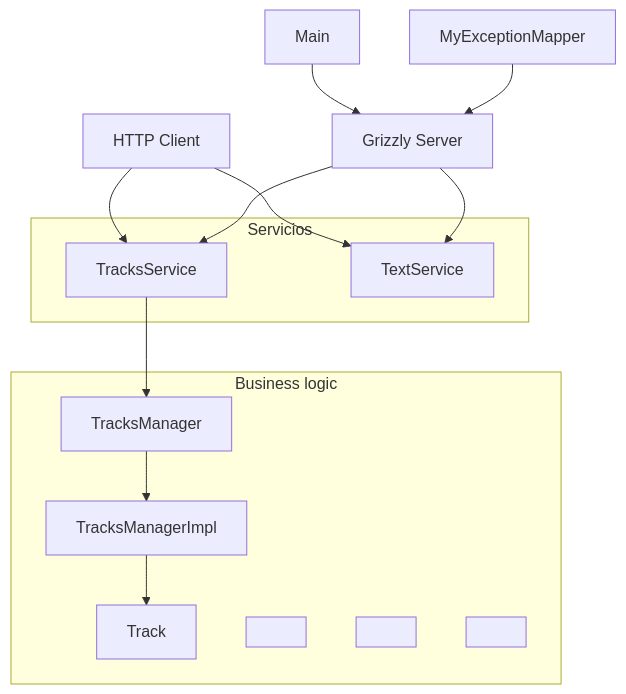
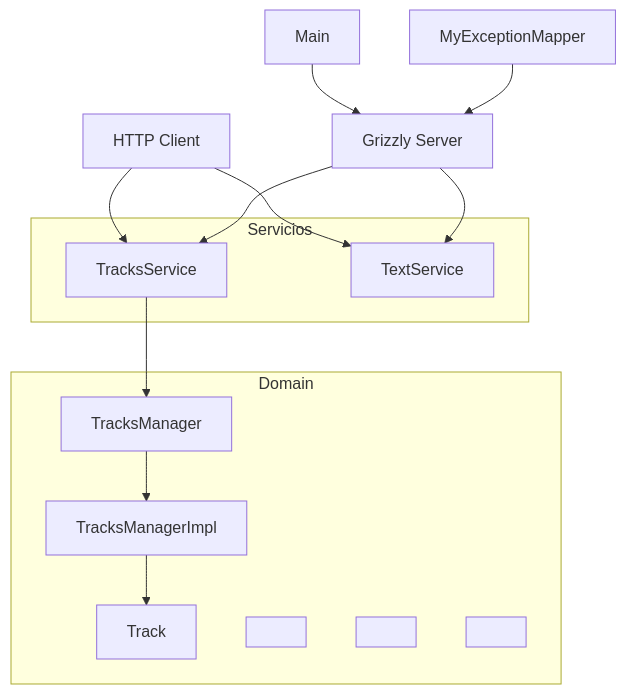
One commit to EETAC-ENTEL-DSA/rest-example changed the second of 2 diagrams in README.md. Above: the diagram before and after it, drawn with Mermaid.

Commit message:
Improvements to the diagram

````diff
--- a/README.md
+++ b/README.md
@@ -19,25 +19,25 @@
 ```mermaid
 graph TD
     subgraph Servicios
         B[TracksService]
         C[TextService]
     end
-    subgraph Business logic
+    subgraph Domain
         B
         I[TracksManager]
         D[TracksManagerImpl]
         E[Track]
         Dummy1[ ]
         Dummy2[ ]
         Dummy3[ ]
     end
     A[HTTP Client] --> B
     A --> C
     B --> I
     I --> D
     D --> E
     F[Main] --> G[Grizzly Server]
     G --> B
     G --> C
     H[MyExceptionMapper] --> G
 ```
````
